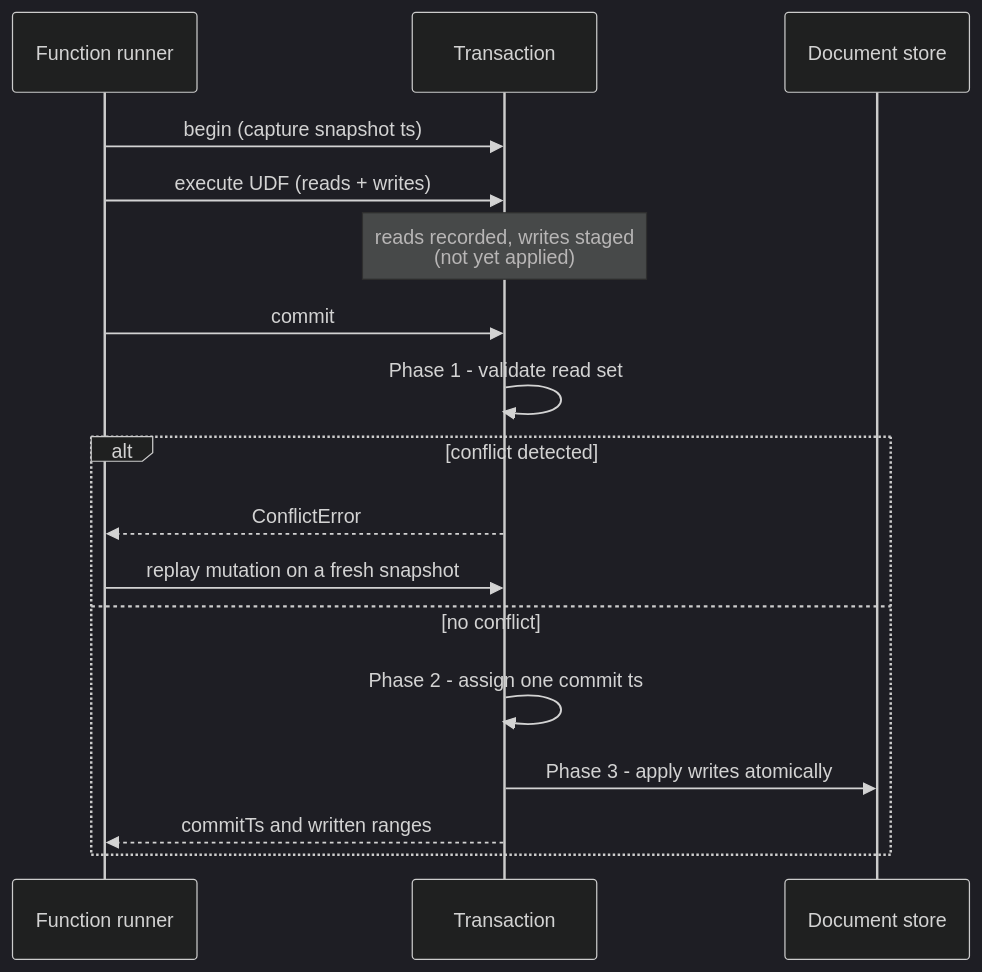
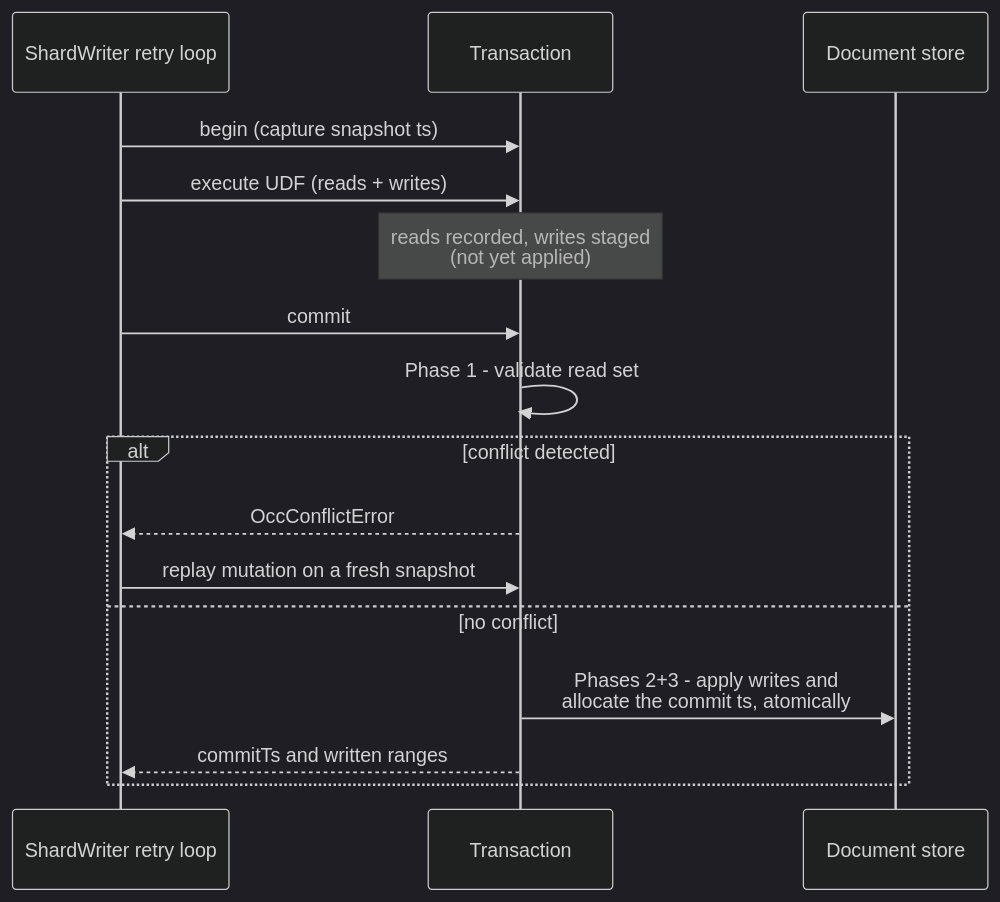
One commit to helipod-sh/helipod changed the second of 4 diagrams in docs/content/docs/contributing/architecture/transactions.mdx. Above: the diagram before and after it, drawn with Mermaid (dark theme). The commit also changed other lines of this file and 51 other files, not shown here.

````diff
--- a/docs/content/docs/contributing/architecture/transactions.mdx
+++ b/docs/content/docs/contributing/architecture/transactions.mdx
@@ -42,20 +42,19 @@
 ```mermaid
 sequenceDiagram
-    participant Caller as Function runner
+    participant Caller as ShardWriter retry loop
     participant Txn as Transaction
     participant Store as Document store
 
     Caller->>Txn: begin (capture snapshot ts)
     Caller->>Txn: execute UDF (reads + writes)
     Note over Txn: reads recorded, writes staged<br/>(not yet applied)
     Caller->>Txn: commit
     Txn->>Txn: Phase 1 - validate read set
     alt conflict detected
-        Txn-->>Caller: ConflictError
+        Txn-->>Caller: OccConflictError
         Caller->>Txn: replay mutation on a fresh snapshot
     else no conflict
-        Txn->>Txn: Phase 2 - assign one commit ts
-        Txn->>Store: Phase 3 - apply writes atomically
+        Txn->>Store: Phases 2+3 - apply writes and<br/>allocate the commit ts, atomically
         Txn-->>Caller: commitTs and written ranges
     end
 ```
````
